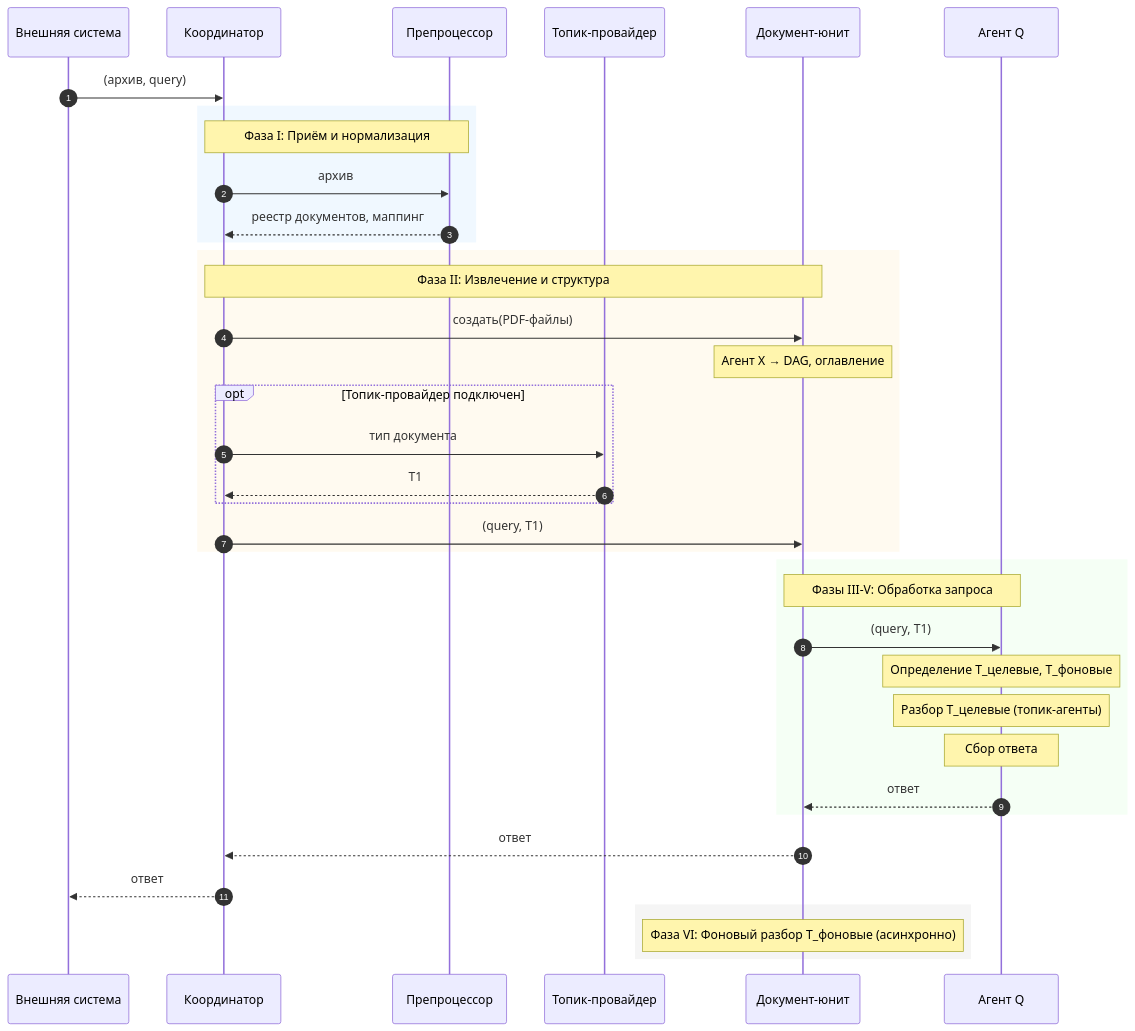
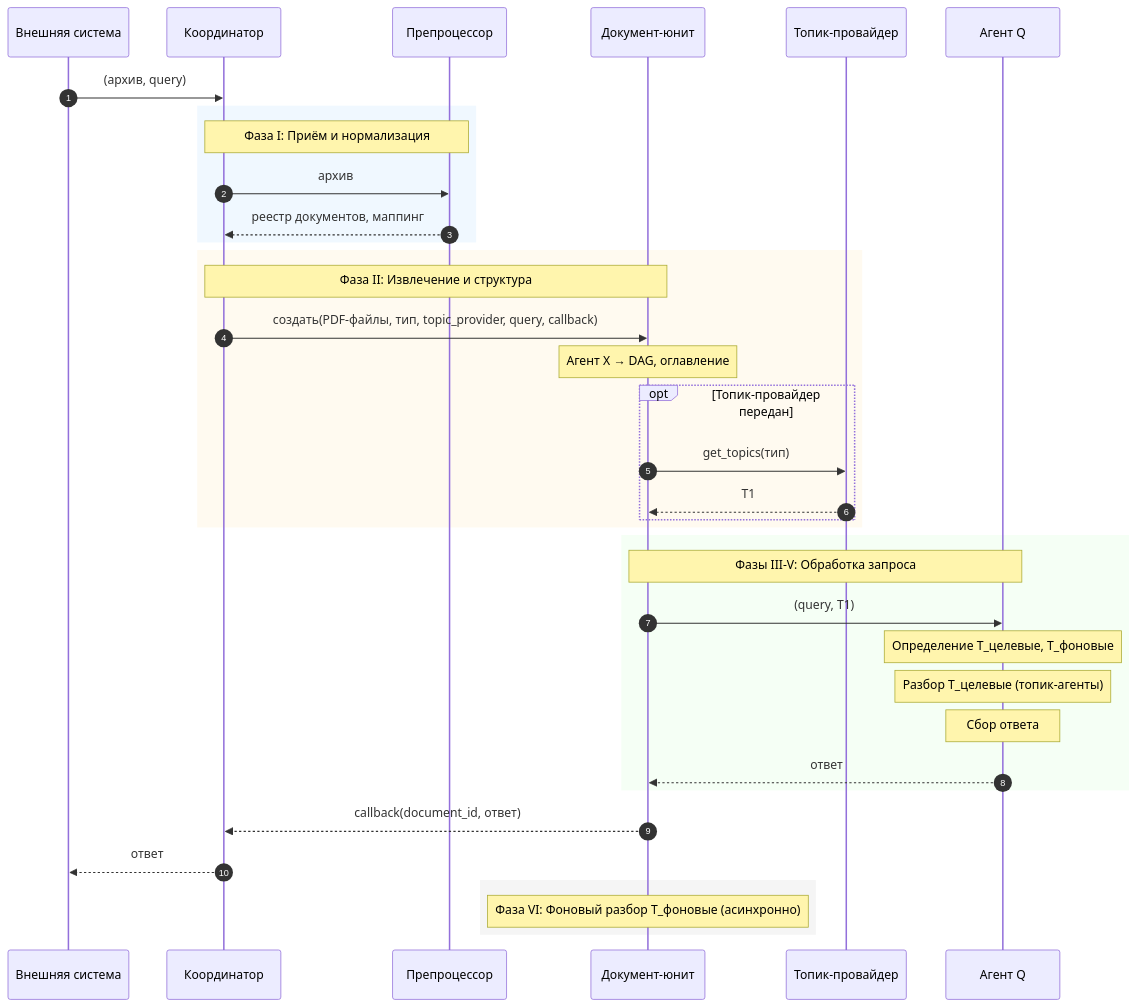
The ninth of 15 diagrams in 00_docs/architecture/ADPS_Architecture_L3.md (Dieugene/agentic-doc-processing), drawn with Mermaid before and after one commit. The commit also changed other lines of this file and 5 other files, not shown here.

First line of the commit message:
Refactor architecture documentation: consolidate L3, add overview and implementation phases

````diff
--- a/00_docs/architecture/ADPS_Architecture_L3.md
+++ b/00_docs/architecture/ADPS_Architecture_L3.md
@@ -497,45 +496,44 @@
 ```mermaid
 sequenceDiagram
     autonumber
     participant Ext as Внешняя система
     participant Coord as Координатор
     participant Prep as Препроцессор
+    participant Doc as Документ-юнит
     participant TP as Топик-провайдер
-    participant Doc as Документ-юнит
     participant Q as Агент Q
 
     Ext->>Coord: (архив, query)
     
     rect rgb(240, 248, 255)
         Note over Coord,Prep: Фаза I: Приём и нормализация
         Coord->>Prep: архив
         Prep-->>Coord: реестр документов, маппинг
     end
     
     rect rgb(255, 250, 240)
         Note over Coord,Doc: Фаза II: Извлечение и структура
-        Coord->>Doc: создать(PDF-файлы)
+        Coord->>Doc: создать(PDF-файлы, тип, topic_provider, query, callback)
         Note over Doc: Агент X → DAG, оглавление
-        opt Топик-провайдер подключен
-            Coord->>TP: тип документа
-            TP-->>Coord: Т1
+        opt Топик-провайдер передан
+            Doc->>TP: get_topics(тип)
+            TP-->>Doc: Т1
         end
-        Coord->>Doc: (query, Т1)
     end
     
     rect rgb(245, 255, 245)
         Note over Doc,Q: Фазы III-V: Обработка запроса
         Doc->>Q: (query, Т1)
         Note over Q: Определение Т_целевые, Т_фоновые
         Note over Q: Разбор Т_целевые (топик-агенты)
         Note over Q: Сбор ответа
         Q-->>Doc: ответ
     end
     
-    Doc-->>Coord: ответ
+    Doc-->>Coord: callback(document_id, ответ)
     Coord-->>Ext: ответ
     
     rect rgb(245, 245, 245)
         Note over Doc: Фаза VI: Фоновый разбор Т_фоновые (асинхронно)
     end
 ```
````
